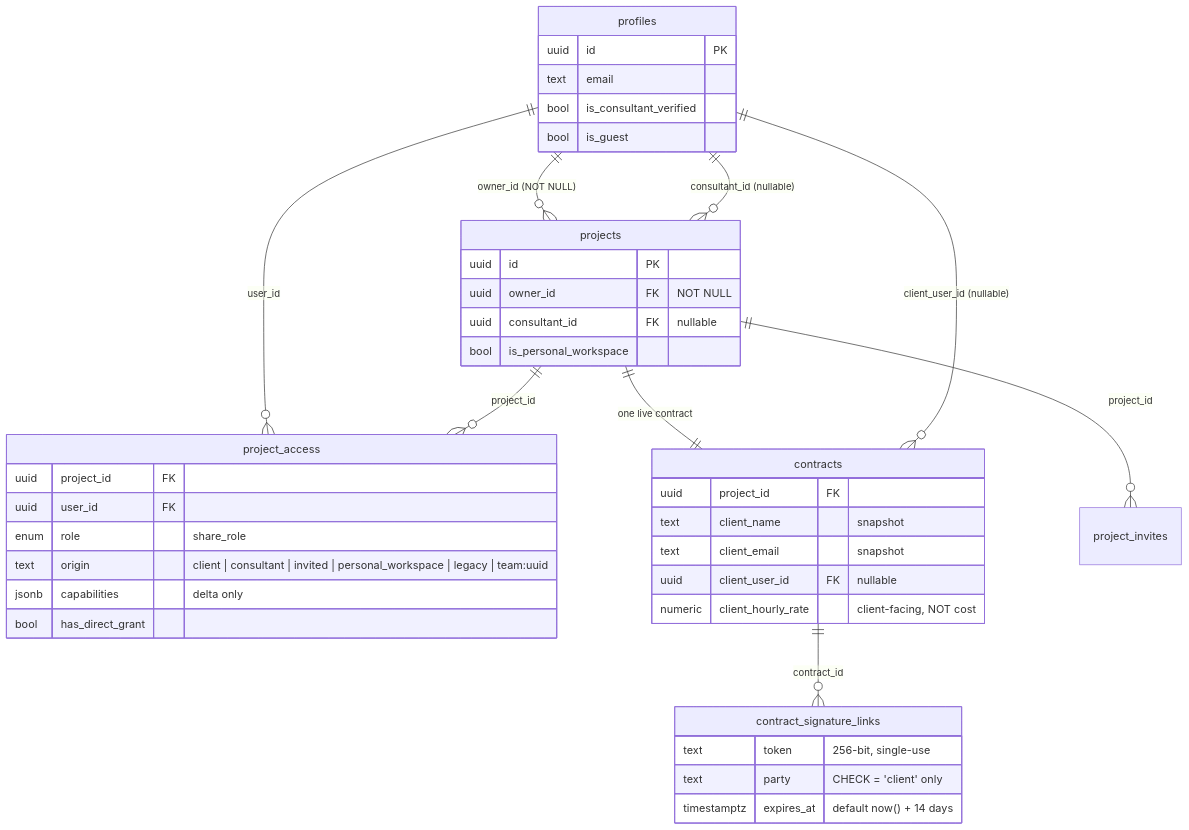
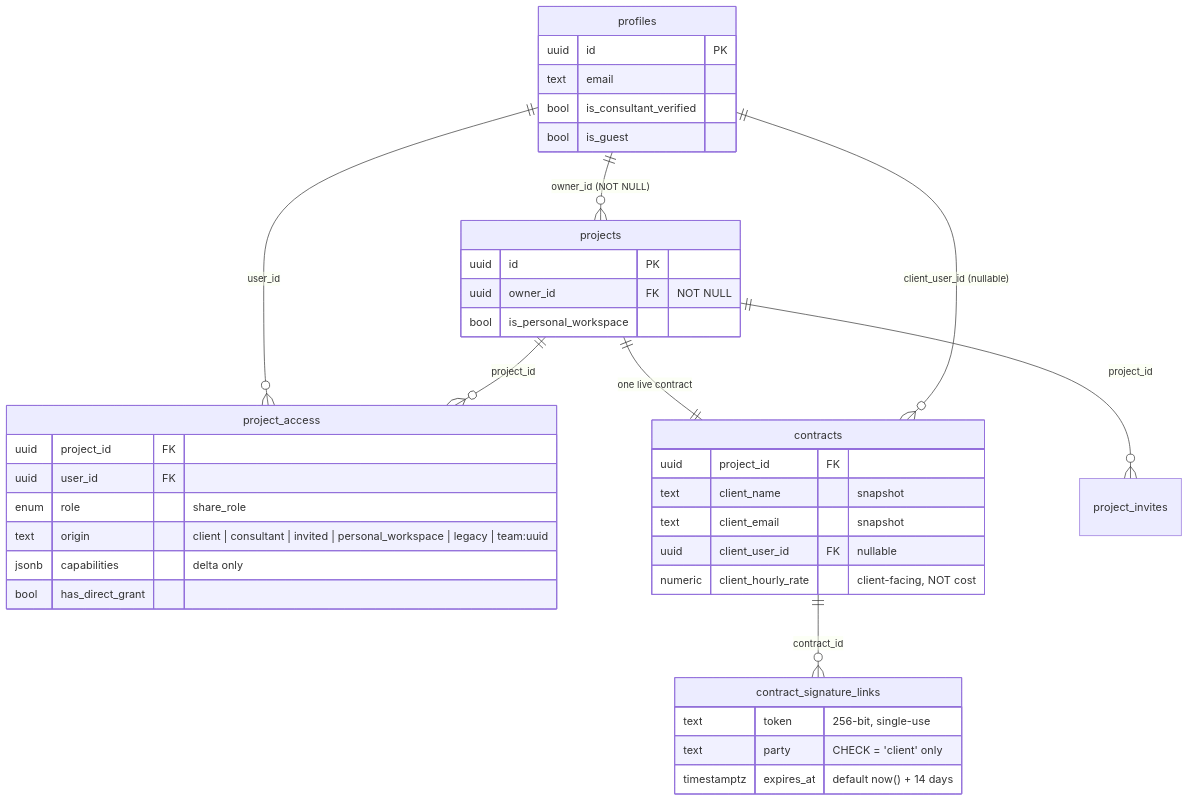
One commit to DavidBatoDev/proyekto changed the second of 2 diagrams in docs/11-domains/clients/client-structure.md. Above: the diagram before and after it, drawn with Mermaid. The commit also changed other lines of this file and 46 other files, not shown here.

````diff
--- a/docs/11-domains/clients/client-structure.md
+++ b/docs/11-domains/clients/client-structure.md
@@ -64,44 +63,42 @@
 ```mermaid
 erDiagram
     profiles ||--o{ projects : "owner_id (NOT NULL)"
-    profiles ||--o{ projects : "consultant_id (nullable)"
     profiles ||--o{ project_access : user_id
     projects ||--o{ project_access : project_id
     projects ||--|| contracts : "one live contract"
     profiles ||--o{ contracts : "client_user_id (nullable)"
     contracts ||--o{ contract_signature_links : contract_id
     projects ||--o{ project_invites : project_id
 
     profiles {
         uuid id PK
         text email
         bool is_consultant_verified
         bool is_guest
     }
     projects {
         uuid id PK
         uuid owner_id FK "NOT NULL"
-        uuid consultant_id FK "nullable"
         bool is_personal_workspace
     }
     project_access {
         uuid project_id FK
         uuid user_id FK
         enum role "share_role"
         text origin "client | consultant | invited | personal_workspace | legacy | team:uuid"
         jsonb capabilities "delta only"
         bool has_direct_grant
     }
     contracts {
         uuid project_id FK
         text client_name "snapshot"
         text client_email "snapshot"
         uuid client_user_id FK "nullable"
         numeric client_hourly_rate "client-facing, NOT cost"
     }
     contract_signature_links {
         text token "256-bit, single-use"
         text party "CHECK = 'client' only"
         timestamptz expires_at "default now() + 14 days"
     }
 ```
````
